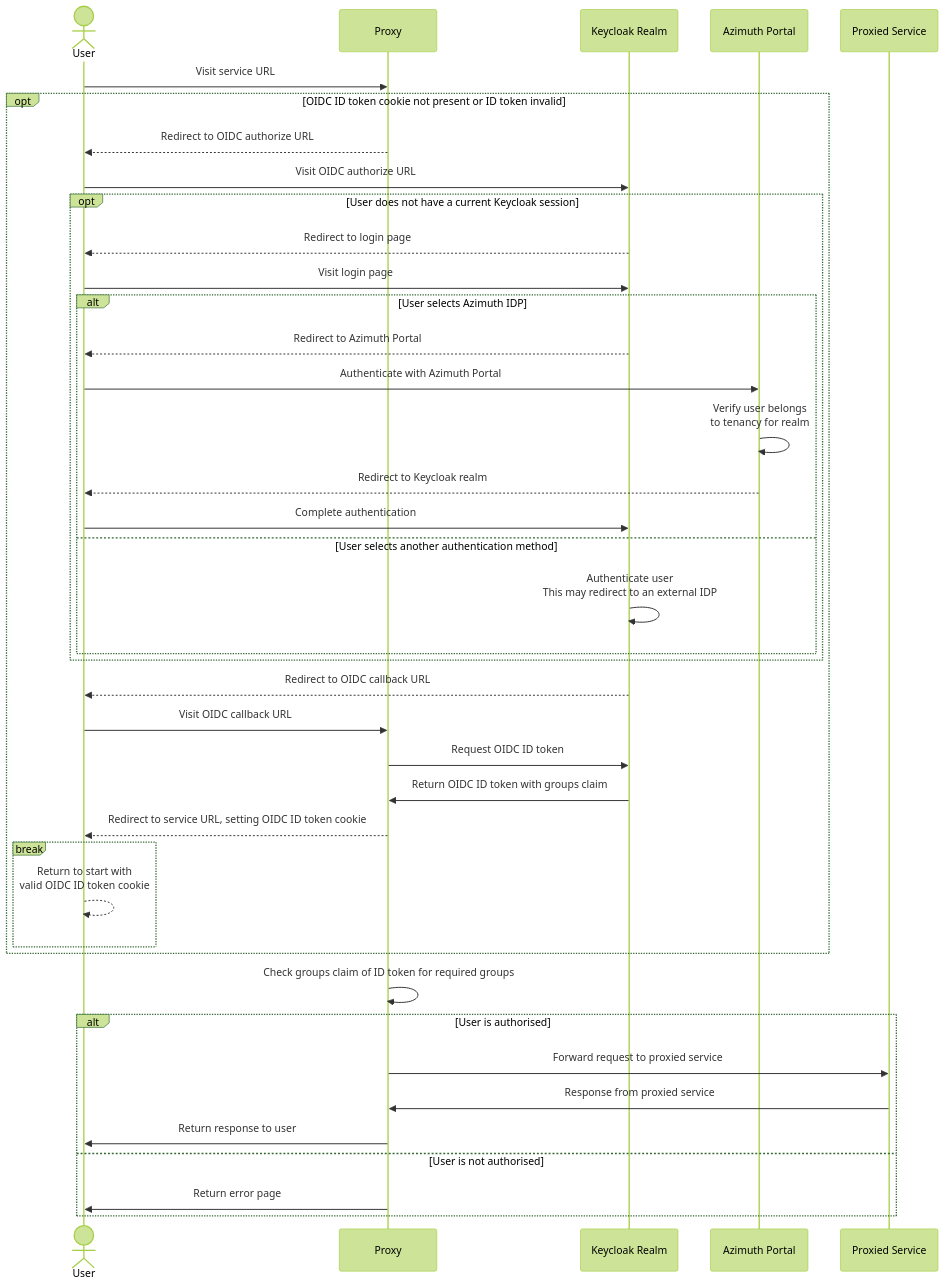
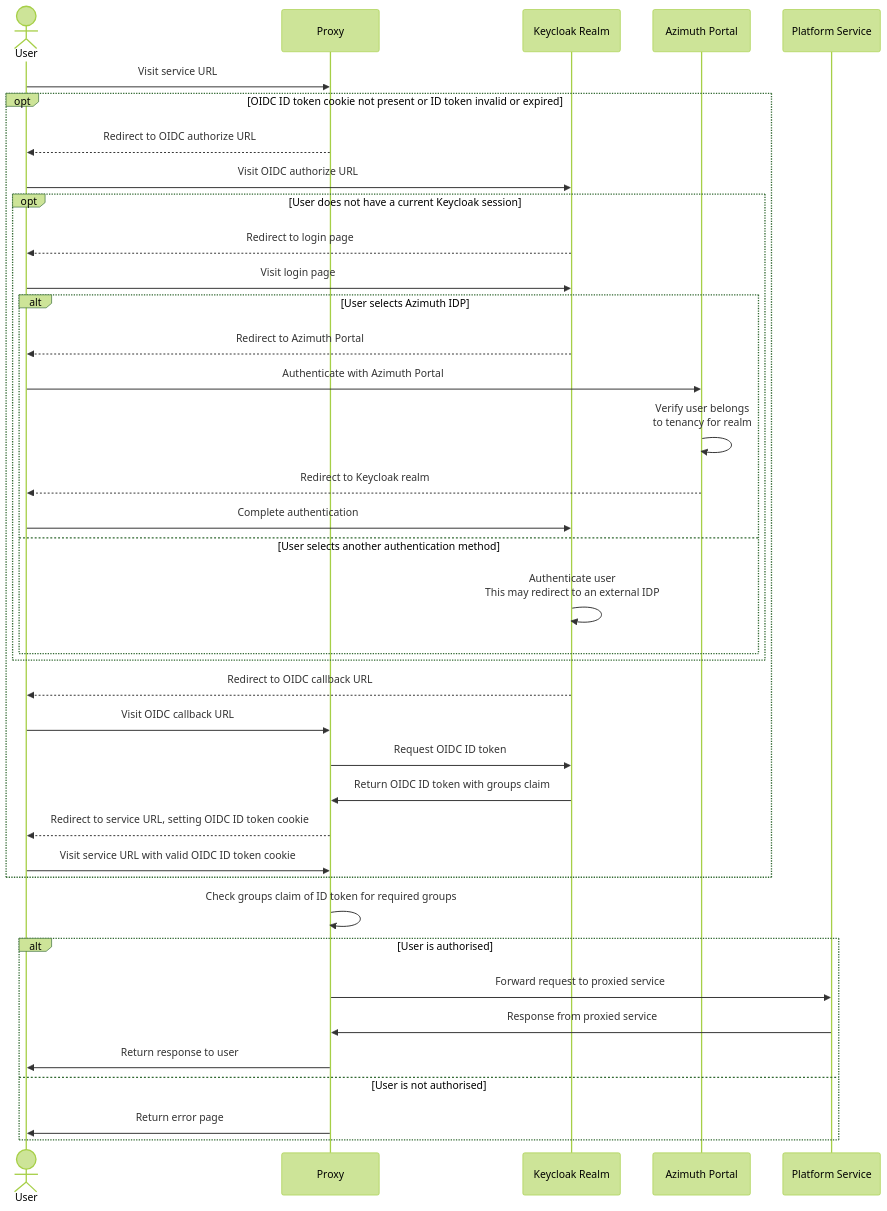
The second of 2 diagrams in docs/architecture/identity.md (azimuth-cloud/azimuth-config), drawn with Mermaid (forest theme) before and after one commit. The commit also changed other lines of this file, not shown here.

````diff
--- a/docs/architecture/identity.md
+++ b/docs/architecture/identity.md
@@ -73,43 +142,41 @@
 ```mermaid
 sequenceDiagram
   actor U as User
   participant P as Proxy
   participant R as Keycloak Realm
   participant A as Azimuth Portal
-  participant S as Proxied Service
+  participant S as Platform Service
 
   U ->> P: Visit service URL
-  opt OIDC ID token cookie not present or ID token invalid
+  opt OIDC ID token cookie not present or ID token invalid or expired
     P -->> U: Redirect to OIDC authorize URL
     U ->> R: Visit OIDC authorize URL
     opt User does not have a current Keycloak session
       R -->> U: Redirect to login page
       U ->> R: Visit login page
       alt User selects Azimuth IDP
         R -->> U: Redirect to Azimuth Portal
         U ->> A: Authenticate with Azimuth Portal
         A ->> A: Verify user belongs<br/>to tenancy for realm
         A -->> U: Redirect to Keycloak realm
         U ->> R: Complete authentication
       else User selects another authentication method
         R ->> R: Authenticate user<br/>This may redirect to an external IDP
       end
     end
     R -->> U: Redirect to OIDC callback URL
     U ->> P: Visit OIDC callback URL
     P ->> R: Request OIDC ID token
     R ->> P: Return OIDC ID token with groups claim
     P -->> U: Redirect to service URL, setting OIDC ID token cookie
-    break
-      U -->> U: Return to start with<br/>valid OIDC ID token cookie
-    end
+    U ->> P: Visit service URL with valid OIDC ID token cookie
   end
   P ->> P: Check groups claim of ID token for required groups
   alt User is authorised
     P ->> S: Forward request to proxied service
     S ->> P: Response from proxied service
     P ->> U: Return response to user
   else User is not authorised
     P ->> U: Return error page
   end
 ```
````
